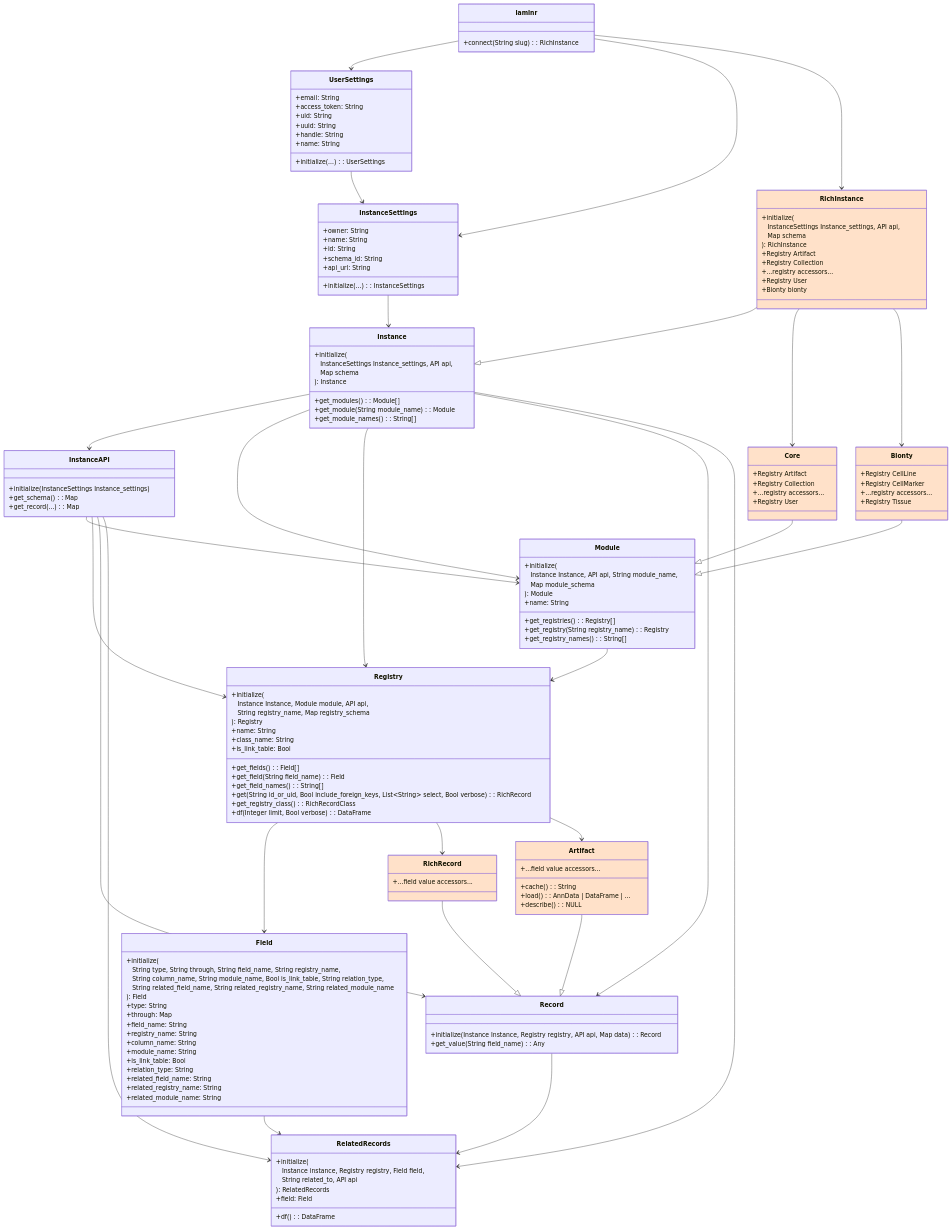
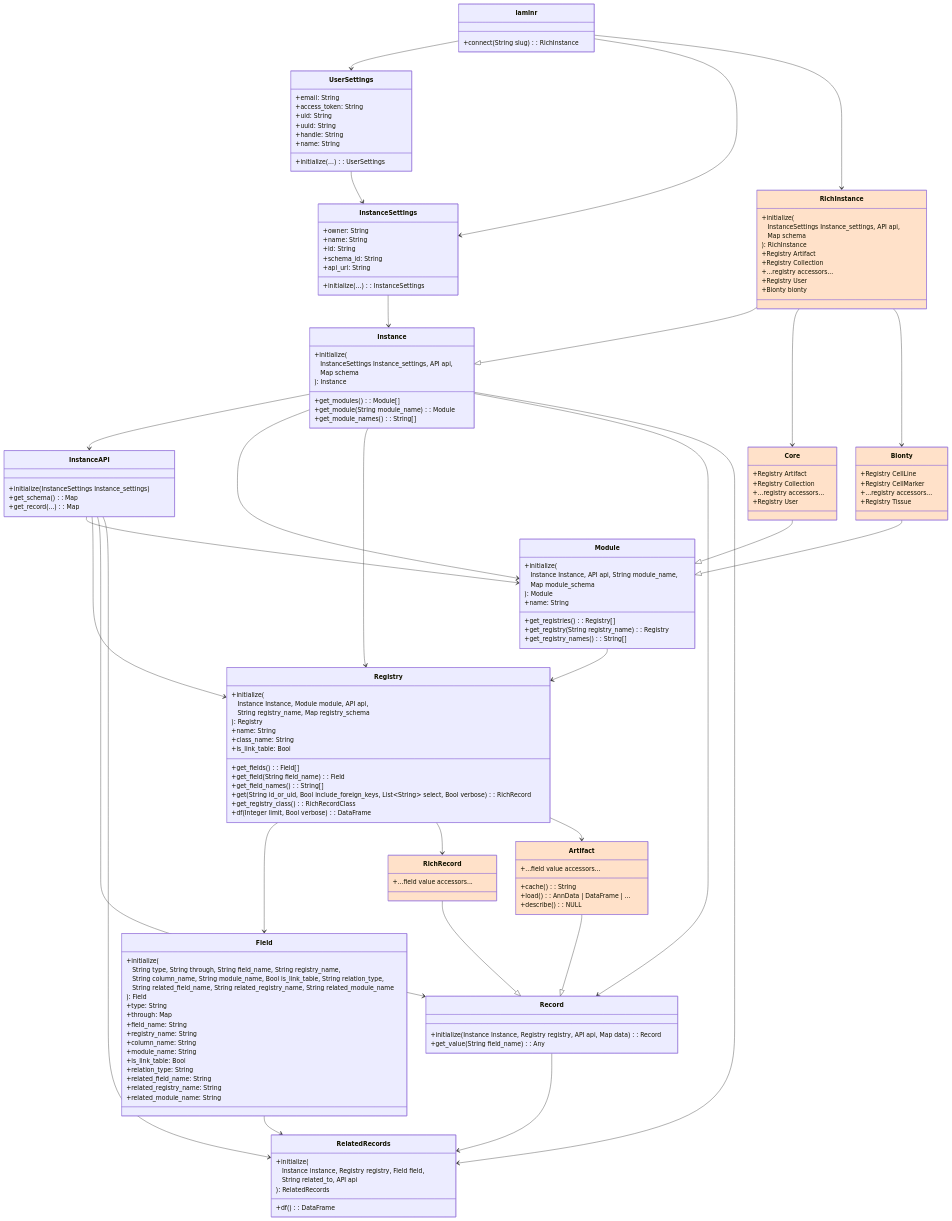
The second of 2 diagrams in vignettes/architecture.qmd (laminlabs/laminr), drawn with Mermaid before and after one commit. The commit also changed 1 other file, not shown here.

Commit message:
Remove Field accessor from RelatedRecords

```diff
--- a/vignettes/architecture.qmd
+++ b/vignettes/architecture.qmd
@@ -287,7 +287,6 @@
           #emsp;String related_to, API api
         ): RelatedRecords
         +df(): DataFrame
-        +field: Field
     }
     %% -------------------------------------------------------------------------
     
```
